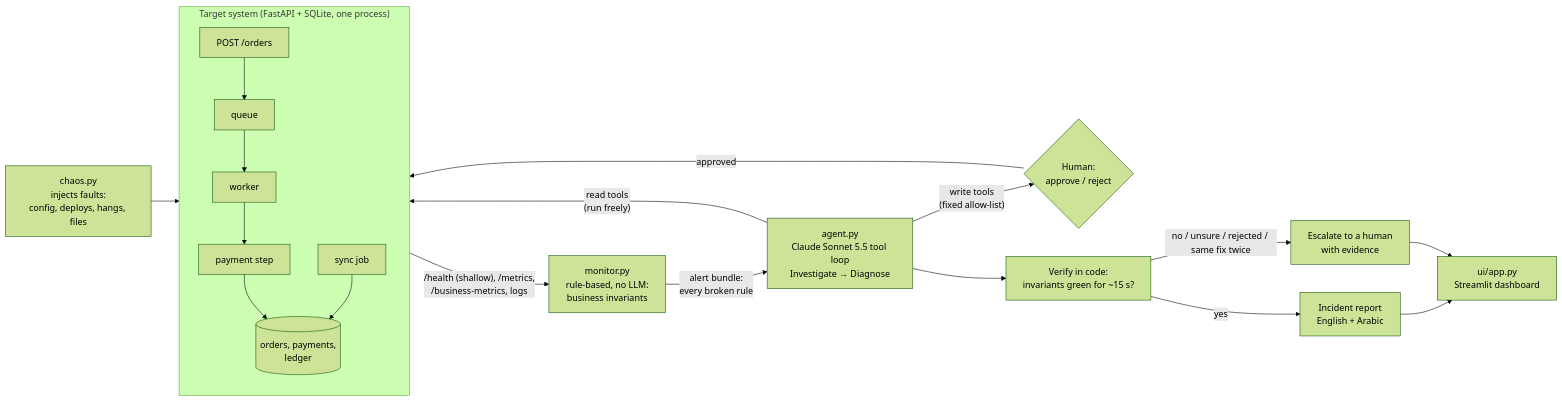
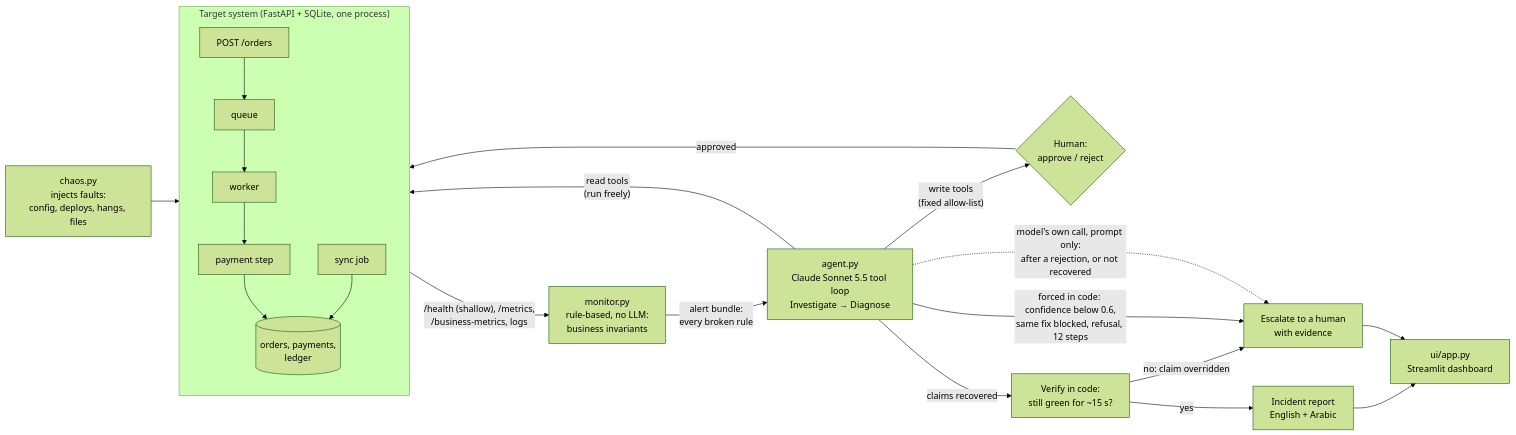
One commit to Ba062/recovery-agent changed the diagram in README.md. Above: the diagram before and after it, drawn with Mermaid (forest theme). The commit also changed other lines of this file and 340 other files, not shown here.

````diff
--- a/README.md
+++ b/README.md
@@ -70,19 +72,21 @@
 ```mermaid
 flowchart LR
     chaos["chaos.py<br/>injects faults:<br/>config, deploys, hangs, files"] --> svc
     subgraph svc["Target system (FastAPI + SQLite, one process)"]
         direction TB
         api["POST /orders"] --> q["queue"] --> w["worker"] --> pay["payment step"] --> db[("orders, payments,<br/>ledger")]
         sync["sync job"] --> db
     end
     svc -- "/health (shallow), /metrics,<br/>/business-metrics, logs" --> mon["monitor.py<br/>rule-based, no LLM:<br/>business invariants"]
     mon -- "alert bundle:<br/>every broken rule" --> agent["agent.py<br/>Claude Sonnet 5.5 tool loop<br/>Investigate → Diagnose"]
     agent -- "read tools<br/>(run freely)" --> svc
     agent -- "write tools<br/>(fixed allow-list)" --> human{"Human:<br/>approve / reject"}
     human -- approved --> svc
-    agent --> verify["Verify in code:<br/>invariants green for ~15 s?"]
+    agent -- "claims recovered" --> verify["Verify in code:<br/>still green for ~15 s?"]
     verify -- "yes" --> report["Incident report<br/>English + Arabic"]
-    verify -- "no / unsure / rejected / same fix twice" --> esc["Escalate to a human<br/>with evidence"]
+    verify -- "no: claim overridden" --> esc["Escalate to a human<br/>with evidence"]
+    agent -- "forced in code: confidence below 0.6,<br/>same fix blocked, refusal, 12 steps" --> esc
+    agent -.->|"model's own call, prompt only:<br/>after a rejection, or not recovered"| esc
     report --> ui["ui/app.py<br/>Streamlit dashboard"]
     esc --> ui
 ```
````
